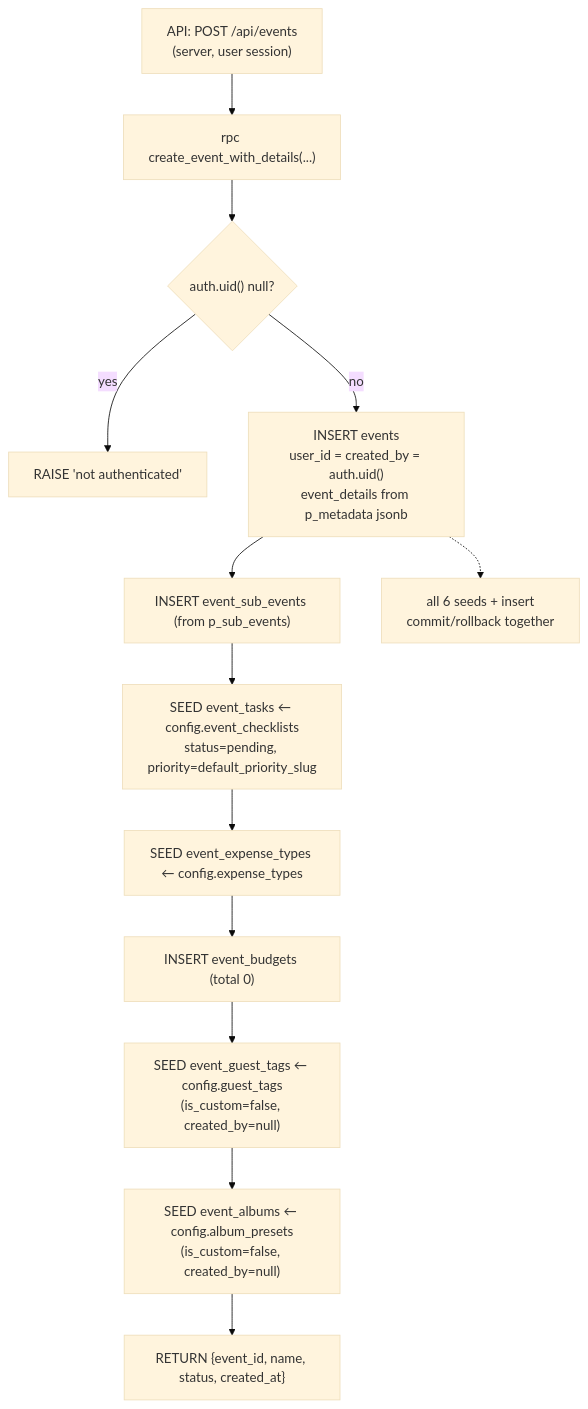
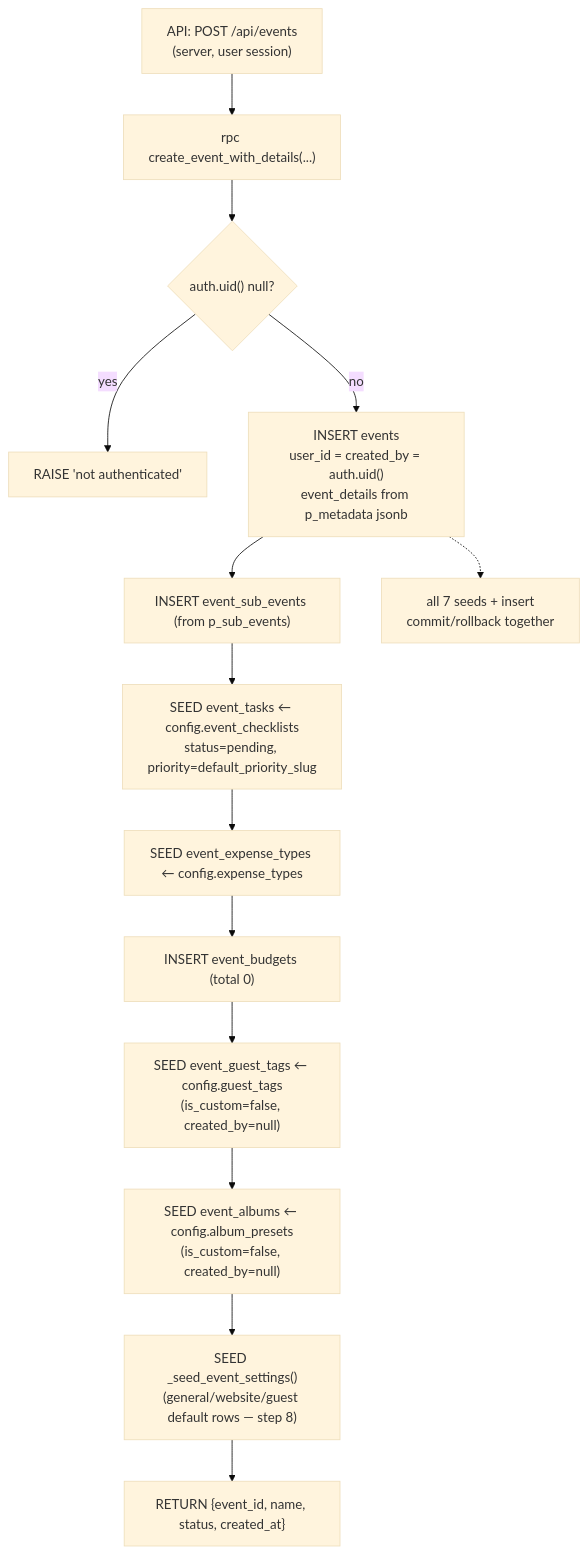
Before and after one commit to evenzi-official/Evenzi: the fourth of 6 diagrams in docs/data-model/ERD.md, drawn with Mermaid (base theme). The commit also changed other lines of this file and 1 other file, not shown here.

First line of the commit message:
docs(data-model): add Event Settings tables to ERD (D40-D48)

````diff
--- a/docs/data-model/ERD.md
+++ b/docs/data-model/ERD.md
@@ -665,15 +746,16 @@
 ```mermaid
 flowchart TD
   A["API: POST /api/events<br/>(server, user session)"] --> B["rpc create_event_with_details(...)"]
   B --> C{"auth.uid() null?"}
   C -- yes --> X["RAISE 'not authenticated'"]
   C -- no --> D["INSERT events<br/>user_id = created_by = auth.uid()<br/>event_details from p_metadata jsonb"]
   D --> E["INSERT event_sub_events (from p_sub_events)"]
   E --> F["SEED event_tasks ← config.event_checklists<br/>status=pending, priority=default_priority_slug"]
   F --> G["SEED event_expense_types ← config.expense_types"]
   G --> H["INSERT event_budgets (total 0)"]
   H --> I["SEED event_guest_tags ← config.guest_tags<br/>(is_custom=false, created_by=null)"]
   I --> J["SEED event_albums ← config.album_presets<br/>(is_custom=false, created_by=null)"]
-  J --> K["RETURN {event_id, name, status, created_at}"]
-  D -.-> note["all 6 seeds + insert<br/>commit/rollback together"]
+  J --> J2["SEED _seed_event_settings()<br/>(general/website/guest default rows — step 8)"]
+  J2 --> K["RETURN {event_id, name, status, created_at}"]
+  D -.-> note["all 7 seeds + insert<br/>commit/rollback together"]
 ```
````
